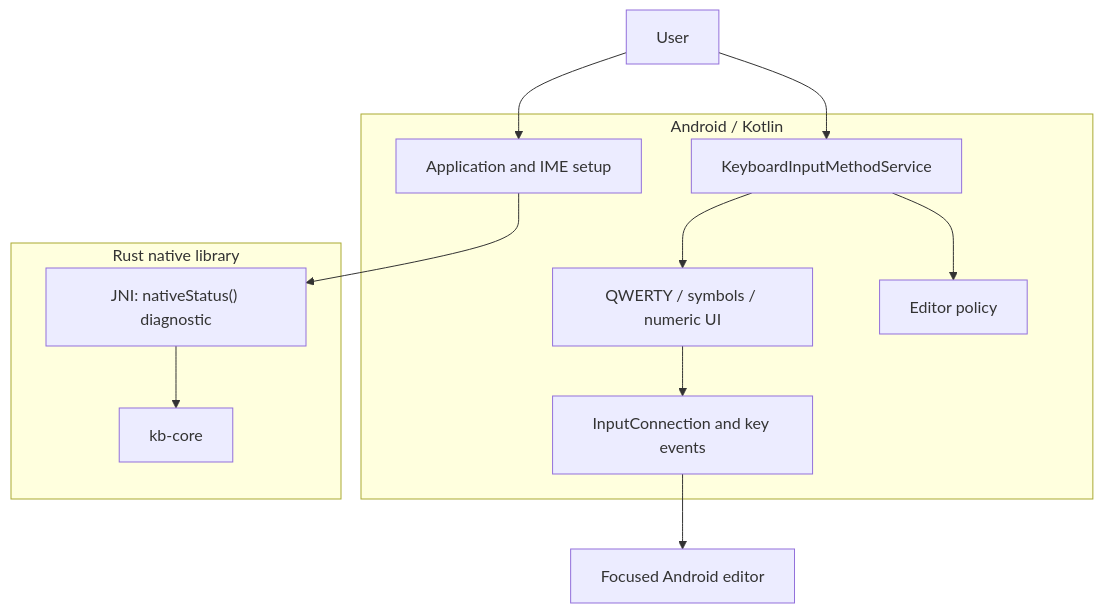
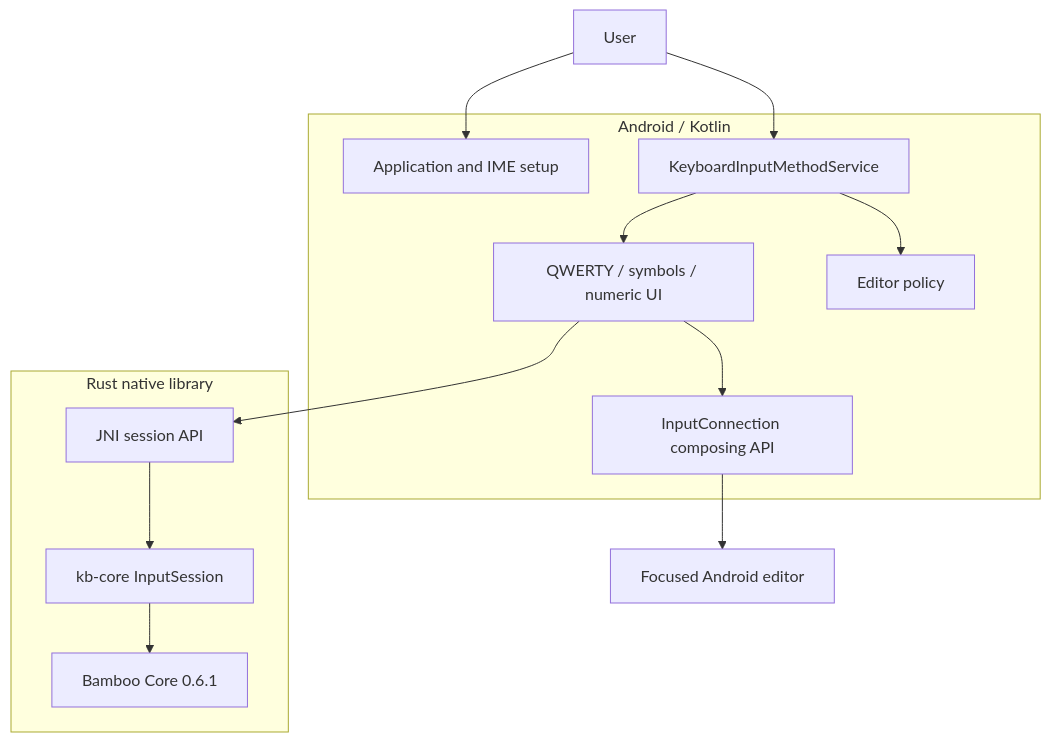
Before and after one commit to snowgemm/KB-Ai: the diagram in docs/ARCHITECTURE.md, drawn with Mermaid. The commit also changed other lines of this file and 20 other files, not shown here.

```diff
--- a/docs/ARCHITECTURE.md
+++ b/docs/ARCHITECTURE.md
@@ -34,23 +33,25 @@
 ~~~mermaid
 flowchart TB
     USER["User"]
     subgraph ANDROID["Android / Kotlin"]
         APP["Application and IME setup"]
         SERVICE["KeyboardInputMethodService"]
         VIEW["QWERTY / symbols / numeric UI"]
         POLICY["Editor policy"]
-        ADAPTER["InputConnection and key events"]
+        ADAPTER["InputConnection composing API"]
     end
     subgraph NATIVE["Rust native library"]
-        JNI["JNI: nativeStatus() diagnostic"]
-        CORE["kb-core"]
+        JNI["JNI session API"]
+        SESSION["kb-core InputSession"]
+        BAMBOO["Bamboo Core 0.6.1"]
     end
     USER --> APP
     USER --> SERVICE
     SERVICE --> POLICY
     SERVICE --> VIEW
+    VIEW --> JNI
+    JNI --> SESSION
+    SESSION --> BAMBOO
     VIEW --> ADAPTER
     ADAPTER --> EDITOR["Focused Android editor"]
-    APP --> JNI
-    JNI --> CORE
 ~~~
```
